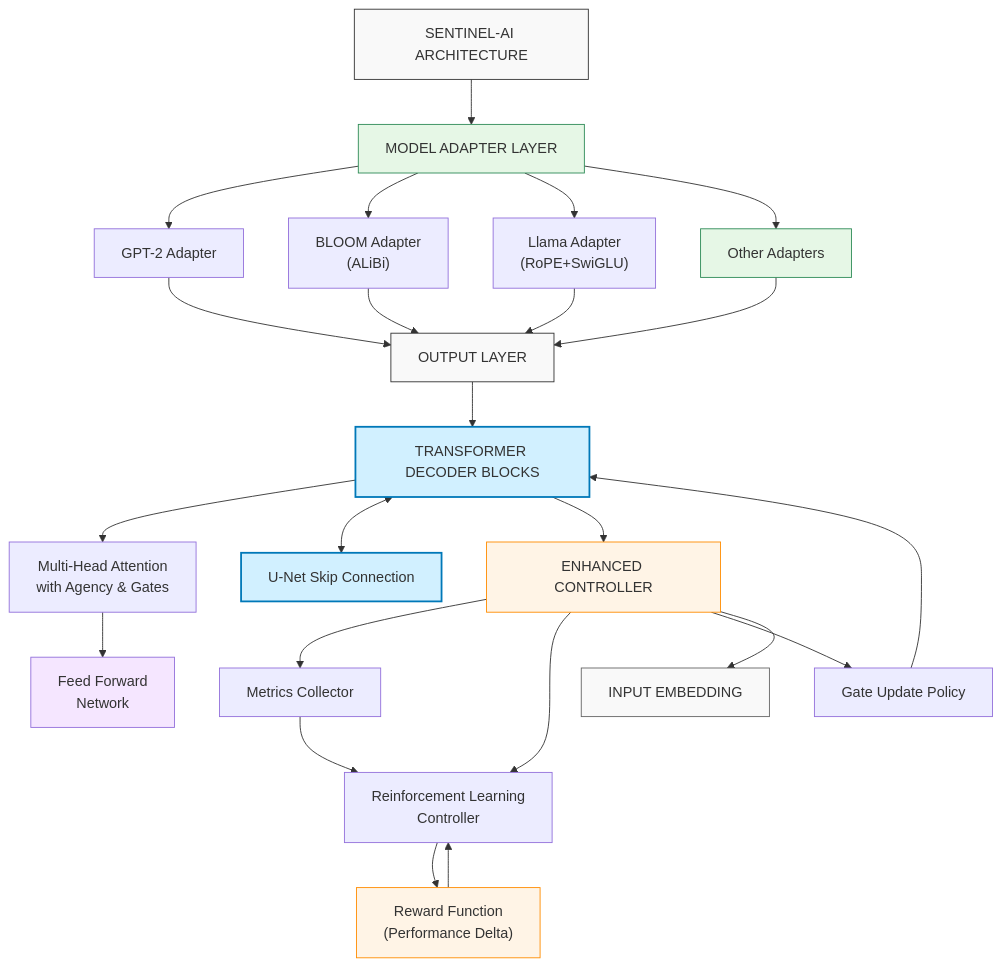
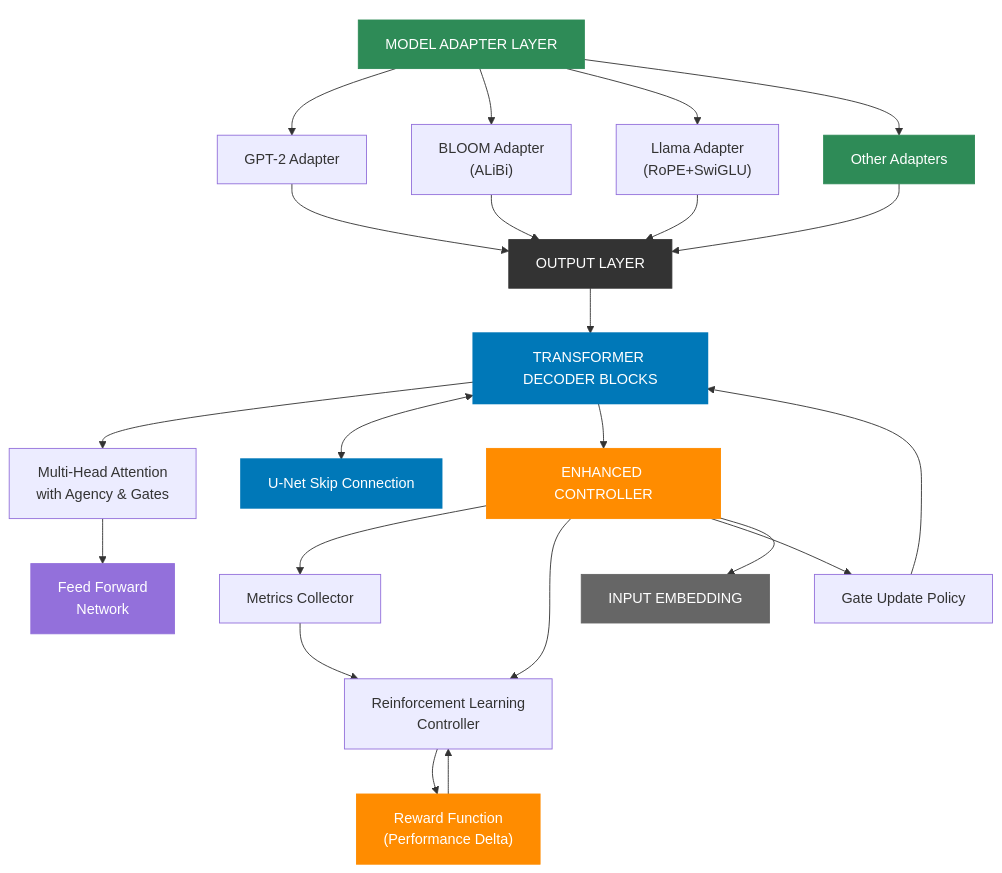
One commit to CambrianTech/sentinel-ai changed the first of 6 diagrams in README.md. Above: the diagram before and after it, drawn with Mermaid. The commit also changed other lines of this file and 3 other files, not shown here.

First line of the commit message:
Fix colors in Mermaid diagrams for better readability (#33)

````diff
--- a/README.md
+++ b/README.md
@@ -14,78 +14,77 @@
 ```mermaid
 flowchart TD
-    classDef standard fill:#f9f9f9,stroke:#333,stroke-width:1px
-    classDef highlight fill:#d1f0ff,stroke:#0078b8,stroke-width:2px
-    classDef adapter fill:#e6f7e6,stroke:#2e8b57,stroke-width:1px
-    classDef controller fill:#fff4e6,stroke:#ff8c00,stroke-width:1px
-    classDef attention fill:#f5e6ff,stroke:#9370db,stroke-width:1px
-    classDef embedding fill:#f9f9f9,stroke:#666,stroke-width:1px
+    classDef standard fill:#333,stroke:#333,stroke-width:1px,color:#fff
+    classDef highlight fill:#0078b8,stroke:#0078b8,stroke-width:2px,color:#fff
+    classDef adapter fill:#2e8b57,stroke:#2e8b57,stroke-width:1px,color:#fff
+    classDef controller fill:#ff8c00,stroke:#ff8c00,stroke-width:1px,color:#fff
+    classDef attention fill:#9370db,stroke:#9370db,stroke-width:1px,color:#fff
+    classDef embedding fill:#666,stroke:#666,stroke-width:1px,color:#fff
+    classDef header fill:none,stroke:none,color:#fff,font-weight:bold
     
     %% Main Architecture Components
-    title["SENTINEL-AI ARCHITECTURE"]
+    header["SENTINEL-AI ARCHITECTURE"]
     adapterLayer["MODEL ADAPTER LAYER"]
     output["OUTPUT LAYER"]
     transformerBlocks["TRANSFORMER DECODER BLOCKS"]
     controller["ENHANCED CONTROLLER"]
     input["INPUT EMBEDDING"]
     
     %% Adapter Components
     gpt["GPT-2 Adapter"]
     bloom["BLOOM Adapter<br/>(ALiBi)"]
     llama["Llama Adapter<br/>(RoPE+SwiGLU)"]
     others["Other Adapters"]
     
     %% Transformer Block Components
     attention["Multi-Head Attention<br/>with Agency & Gates"]
     ffn["Feed Forward<br/>Network"]
     unet["U-Net Skip Connection"]
     
     %% Controller Components
     metrics["Metrics Collector"]
     rl["Reinforcement Learning<br/>Controller"]
     policy["Gate Update Policy"]
     reward["Reward Function<br/>(Performance Delta)"]
     
     %% Connections
-    title --> adapterLayer
-    
     adapterLayer --> gpt
     adapterLayer --> bloom
     adapterLayer --> llama
     adapterLayer --> others
     
     gpt & bloom & llama & others --> output
     
     output --> transformerBlocks
     
     transformerBlocks --> attention
     attention --> ffn
     
     transformerBlocks <--> unet
     
     transformerBlocks --> controller
     
     controller --> metrics
     controller --> rl
     controller --> policy
     metrics --> rl
     rl --> reward
     reward --> rl
     policy --> transformerBlocks
     
     controller --> input
     
     %% Styling
-    title:::standard
+    header:::header
     adapterLayer:::adapter
     output:::standard
     transformerBlocks:::highlight
     controller:::controller
     input:::embedding
     
     gpt & bloom & llama & others:::adapter
     
     attention & ffn:::attention
     unet:::highlight
     
     metrics & rl & policy & reward:::controller
 ```
````
